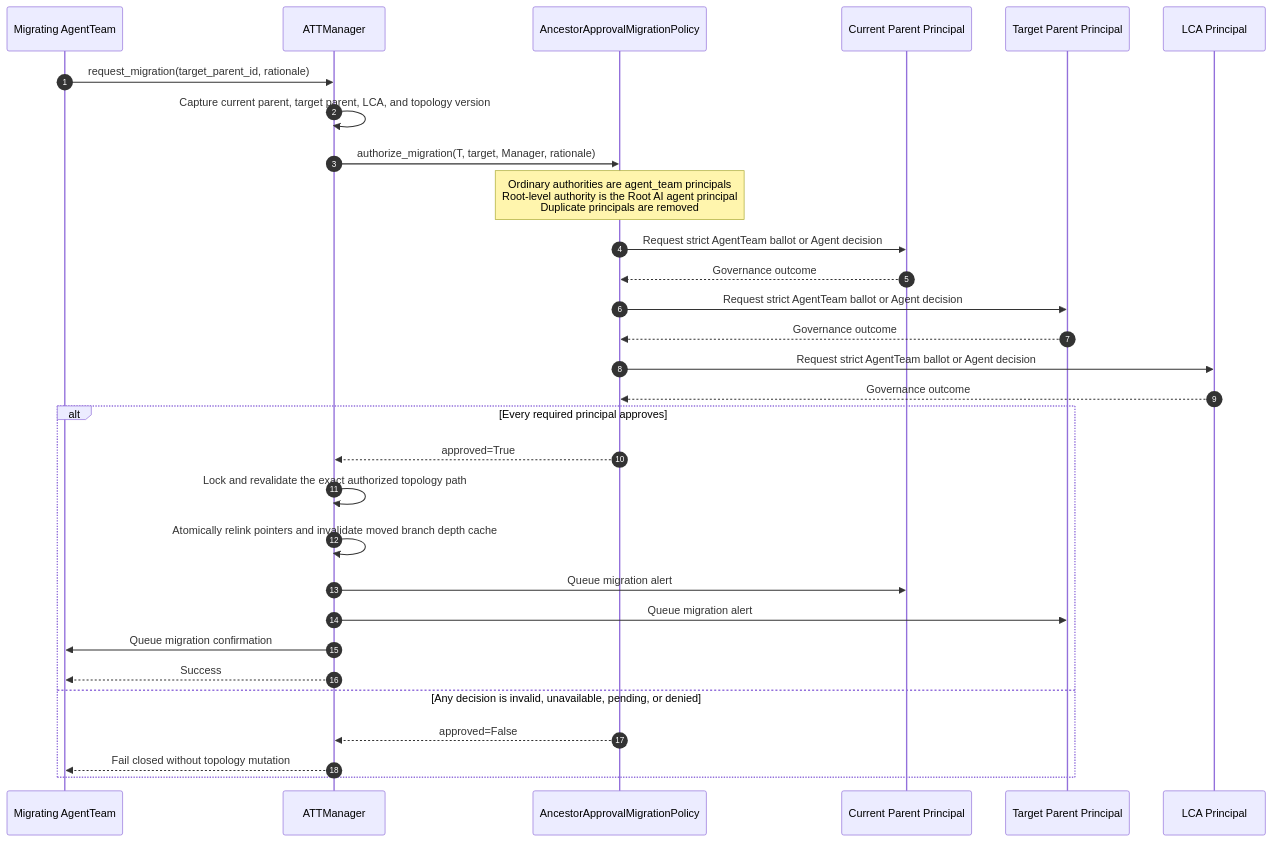
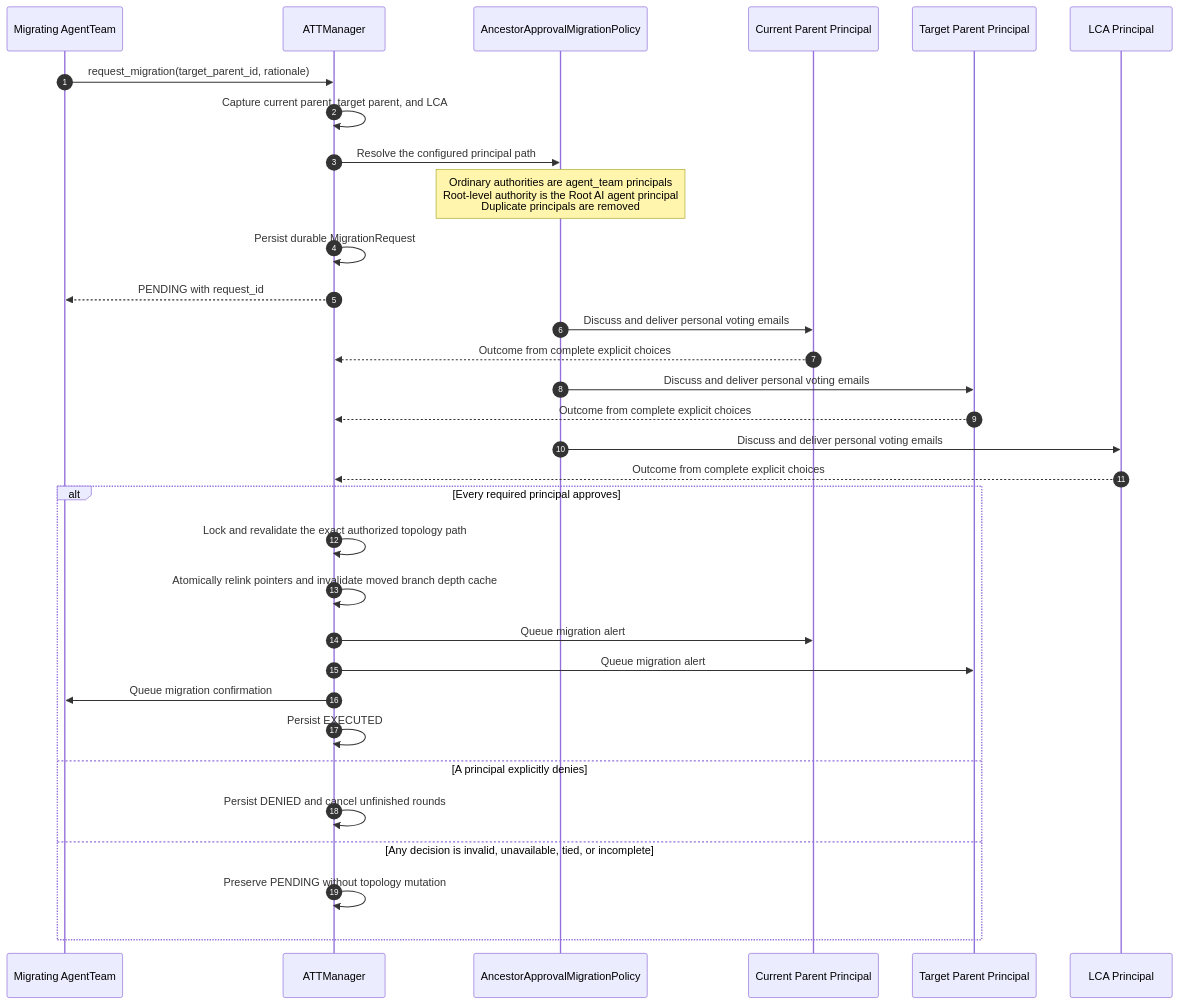
Before and after one commit to AI-Team-Team/AI-Team-Team: the sixth of 6 diagrams in docs/flowcharts/Lineage_Tree_Mutations.md, drawn with Mermaid. The commit also changed other lines of this file and 82 other files, not shown here.

First line of the commit message:
feat(governance): route ballots through personal agent inboxes

````diff
--- a/docs/flowcharts/Lineage_Tree_Mutations.md
+++ b/docs/flowcharts/Lineage_Tree_Mutations.md
@@ -178,33 +184,35 @@
 ```mermaid
 sequenceDiagram
     autonumber
     participant T as Migrating AgentTeam
     participant Manager as ATTManager
     participant Policy as AncestorApprovalMigrationPolicy
     participant Old as Current Parent Principal
     participant New as Target Parent Principal
     participant LCA as LCA Principal
 
     T->>Manager: request_migration(target_parent_id, rationale)
-    Manager->>Manager: Capture current parent, target parent, LCA, and topology version
-    Manager->>Policy: authorize_migration(T, target, Manager, rationale)
+    Manager->>Manager: Capture current parent, target parent, and LCA
+    Manager->>Policy: Resolve the configured principal path
     Note over Policy: Ordinary authorities are agent_team principals<br/>Root-level authority is the Root AI agent principal<br/>Duplicate principals are removed
-    Policy->>Old: Request strict AgentTeam ballot or Agent decision
-    Old-->>Policy: Governance outcome
-    Policy->>New: Request strict AgentTeam ballot or Agent decision
-    New-->>Policy: Governance outcome
-    Policy->>LCA: Request strict AgentTeam ballot or Agent decision
-    LCA-->>Policy: Governance outcome
+    Manager->>Manager: Persist durable MigrationRequest
+    Manager-->>T: PENDING with request_id
+    Policy->>Old: Discuss and deliver personal voting emails
+    Old-->>Manager: Outcome from complete explicit choices
+    Policy->>New: Discuss and deliver personal voting emails
+    New-->>Manager: Outcome from complete explicit choices
+    Policy->>LCA: Discuss and deliver personal voting emails
+    LCA-->>Manager: Outcome from complete explicit choices
     alt Every required principal approves
-        Policy-->>Manager: approved=True
         Manager->>Manager: Lock and revalidate the exact authorized topology path
         Manager->>Manager: Atomically relink pointers and invalidate moved branch depth cache
         Manager->>Old: Queue migration alert
         Manager->>New: Queue migration alert
         Manager->>T: Queue migration confirmation
-        Manager-->>T: Success
-    else Any decision is invalid, unavailable, pending, or denied
-        Policy-->>Manager: approved=False
-        Manager-->>T: Fail closed without topology mutation
+        Manager->>Manager: Persist EXECUTED
+    else A principal explicitly denies
+        Manager->>Manager: Persist DENIED and cancel unfinished rounds
+    else Any decision is invalid, unavailable, tied, or incomplete
+        Manager->>Manager: Preserve PENDING without topology mutation
     end
 ```
````
